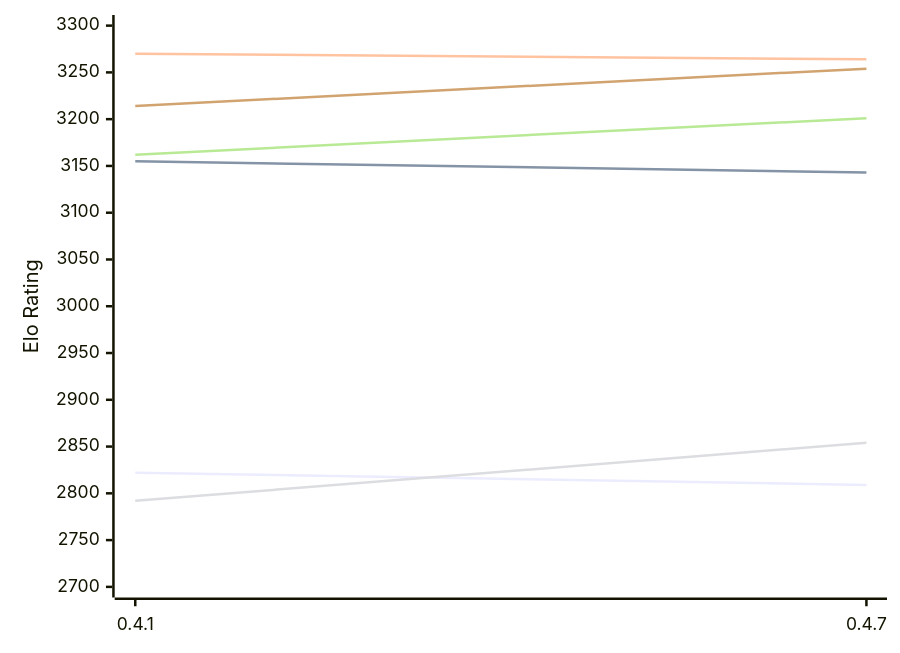
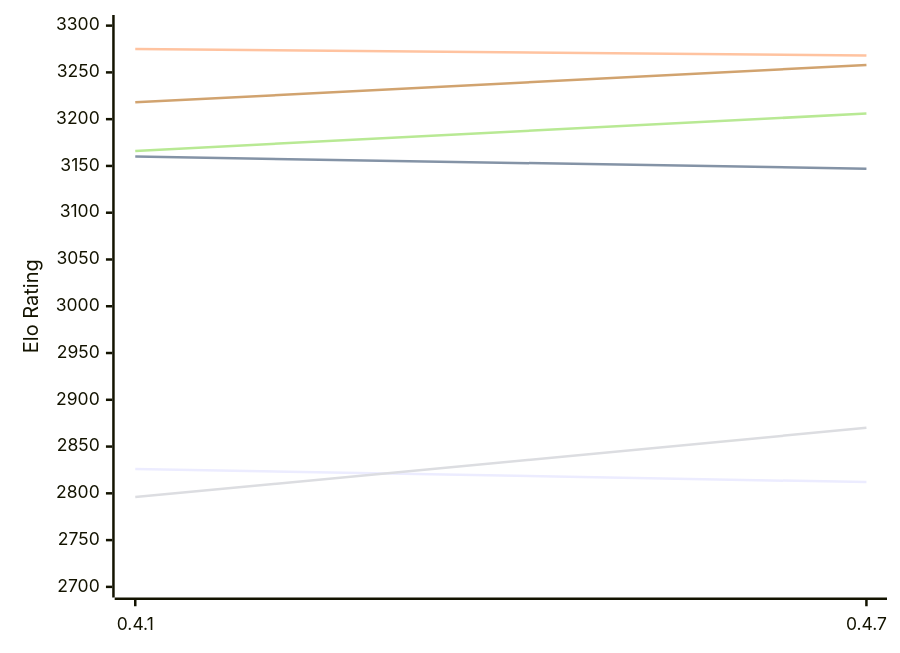
One commit to computer-chess-index/cci changed the diagram in engines/Arabica.md. Above: the diagram before and after it, drawn with Mermaid. The commit also changed other lines of this file, not shown here.

Commit message:
Update CCI Ratings (ELO VLTC) - 2026-11-20

````diff
--- a/engines/Arabica.md
+++ b/engines/Arabica.md
@@ -49,12 +49,12 @@
 ```mermaid
 %%{init: {"theme":"base","themeVariables":{"seriesColors:['#a3a3a3','#222221','#faa371']}}}%%
 xychart-beta
   x-axis ["0.4.1", "0.4.7"]
   y-axis "Elo Rating" 2700 --> 3300
-  line "E1: STC (8.0+0.08s)" [2822, 2809]
-  line "E1: LTC (60.0+0.60s)" [3155, 3143]
-  line "E1: VLTC (2m24s+1.12s)" [3270, 3264]
-  line "P1: STC (8.0+0.08s)" [2792, 2854]
-  line "P1: LTC (60.0+0.60s)" [3162, 3201]
-  line "P1: VLTC (2m24s+1.12s)" [3214, 3254]
+  line "E1: STC (8.0+0.08s)" [2826, 2812]
+  line "E1: LTC (60.0+0.60s)" [3160, 3147]
+  line "E1: VLTC (2m24s+1.12s)" [3275, 3268]
+  line "P1: STC (8.0+0.08s)" [2796, 2870]
+  line "P1: LTC (60.0+0.60s)" [3166, 3206]
+  line "P1: VLTC (2m24s+1.12s)" [3218, 3258]
 ```
````
